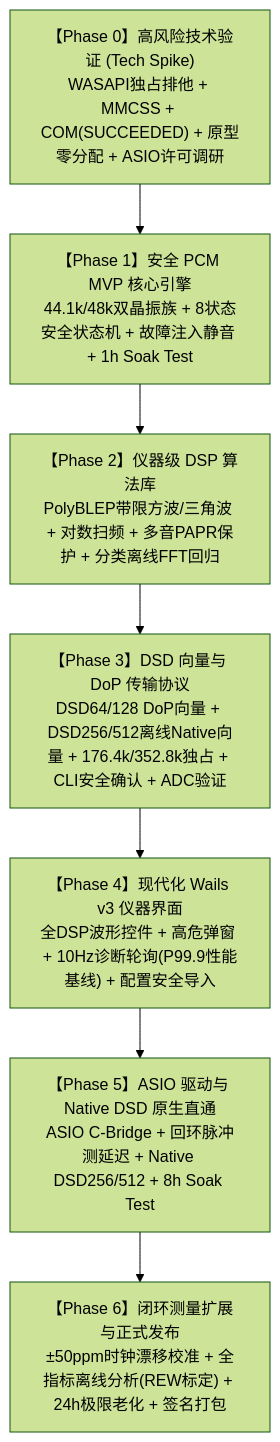
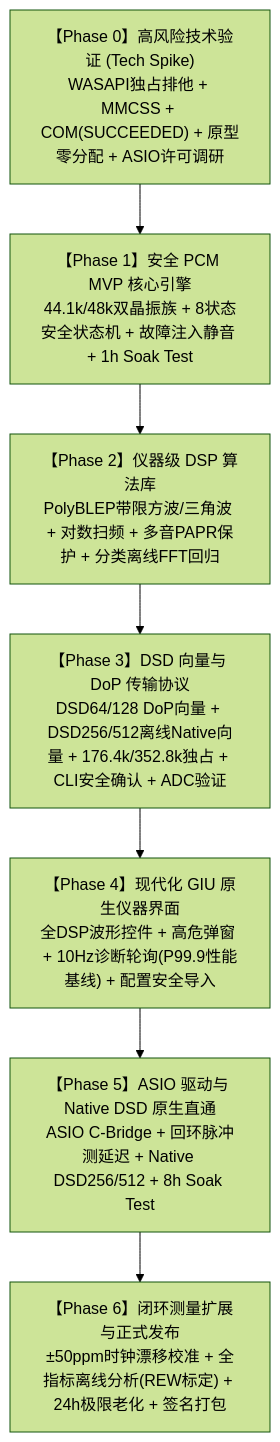
One commit to lee-alone/Sound-Card-Test-Waveform-Generator changed the first of 2 diagrams in DEVELOPMENT_SCHEDULE.md. Above: the diagram before and after it, drawn with Mermaid (forest theme). The commit also changed other lines of this file and 59 other files, not shown here.

Commit message:
feat: complete transition to native GIU, remove legacy Wails/frontend, enhance safety persistence and scope visualization

````diff
--- a/DEVELOPMENT_SCHEDULE.md
+++ b/DEVELOPMENT_SCHEDULE.md
@@ -34,9 +34,9 @@
 ```mermaid
 flowchart TD
     M0["【Phase 0】高风险技术验证 (Tech Spike)<br/>WASAPI独占排他 + MMCSS + COM(SUCCEEDED) + 原型零分配 + ASIO许可调研"] --> M1["【Phase 1】安全 PCM MVP 核心引擎<br/>44.1k/48k双晶振族 + 8状态安全状态机 + 故障注入静音 + 1h Soak Test"]
     M1 --> M2["【Phase 2】仪器级 DSP 算法库<br/>PolyBLEP带限方波/三角波 + 对数扫频 + 多音PAPR保护 + 分类离线FFT回归"]
     M2 --> M3["【Phase 3】DSD 向量与 DoP 传输协议<br/>DSD64/128 DoP向量 + DSD256/512离线Native向量 + 176.4k/352.8k独占 + CLI安全确认 + ADC验证"]
-    M3 --> M4["【Phase 4】现代化 Wails v3 仪器界面<br/>全DSP波形控件 + 高危弹窗 + 10Hz诊断轮询(P99.9性能基线) + 配置安全导入"]
+    M3 --> M4["【Phase 4】现代化 GIU 原生仪器界面<br/>全DSP波形控件 + 高危弹窗 + 10Hz诊断轮询(P99.9性能基线) + 配置安全导入"]
     M4 --> M5["【Phase 5】ASIO 驱动与 Native DSD 原生直通<br/>ASIO C-Bridge + 回环脉冲测延迟 + Native DSD256/512 + 8h Soak Test"]
     M5 --> M6["【Phase 6】闭环测量扩展与正式发布<br/>±50ppm时钟漂移校准 + 全指标离线分析(REW标定) + 24h极限老化 + 签名打包"]
 ```
````
